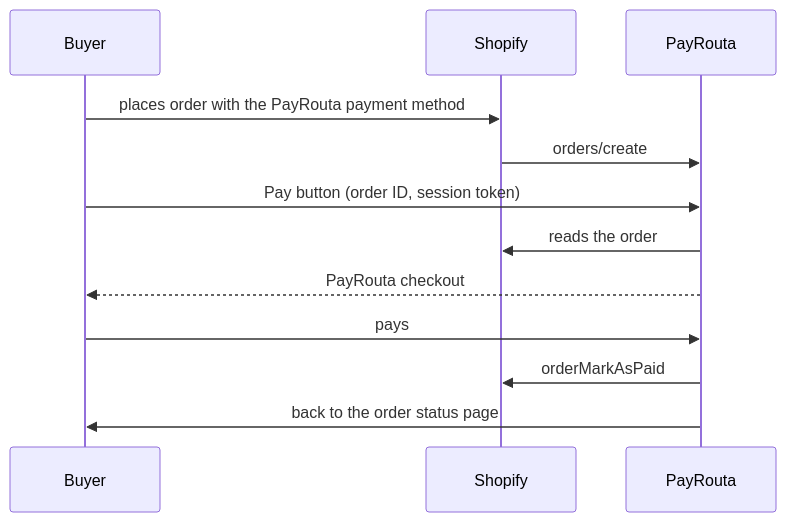
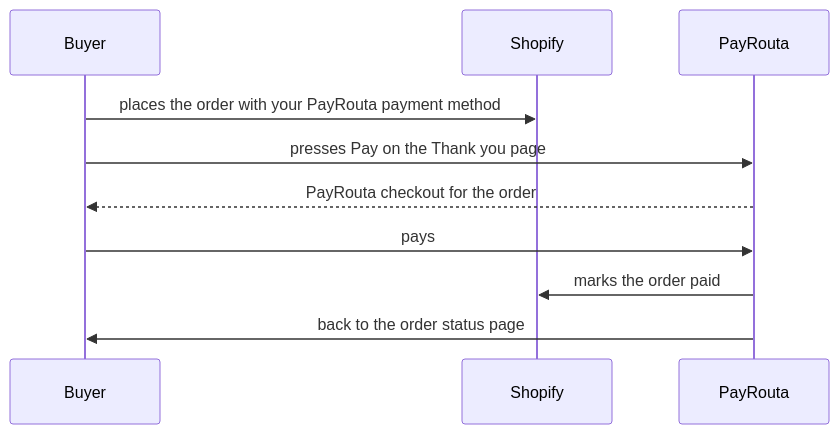
Before and after one commit to hackcat29/PayRouta: the diagram in mintlify/platforms/shopify.mdx, drawn with Mermaid. The commit also changed other lines of this file and 7 other files, not shown here.

````diff
--- a/mintlify/platforms/shopify.mdx
+++ b/mintlify/platforms/shopify.mdx
@@ -16,14 +8,12 @@
 ```mermaid
 sequenceDiagram
   participant B as Buyer
   participant S as Shopify
   participant P as PayRouta
-  B->>S: places order with the PayRouta payment method
-  S->>P: orders/create
-  B->>P: Pay button (order ID, session token)
-  P->>S: reads the order
-  P-->>B: PayRouta checkout
+  B->>S: places the order with your PayRouta payment method
+  B->>P: presses Pay on the Thank you page
+  P-->>B: PayRouta checkout for the order
   B->>P: pays
-  P->>S: orderMarkAsPaid
+  P->>S: marks the order paid
   P->>B: back to the order status page
 ```
````
